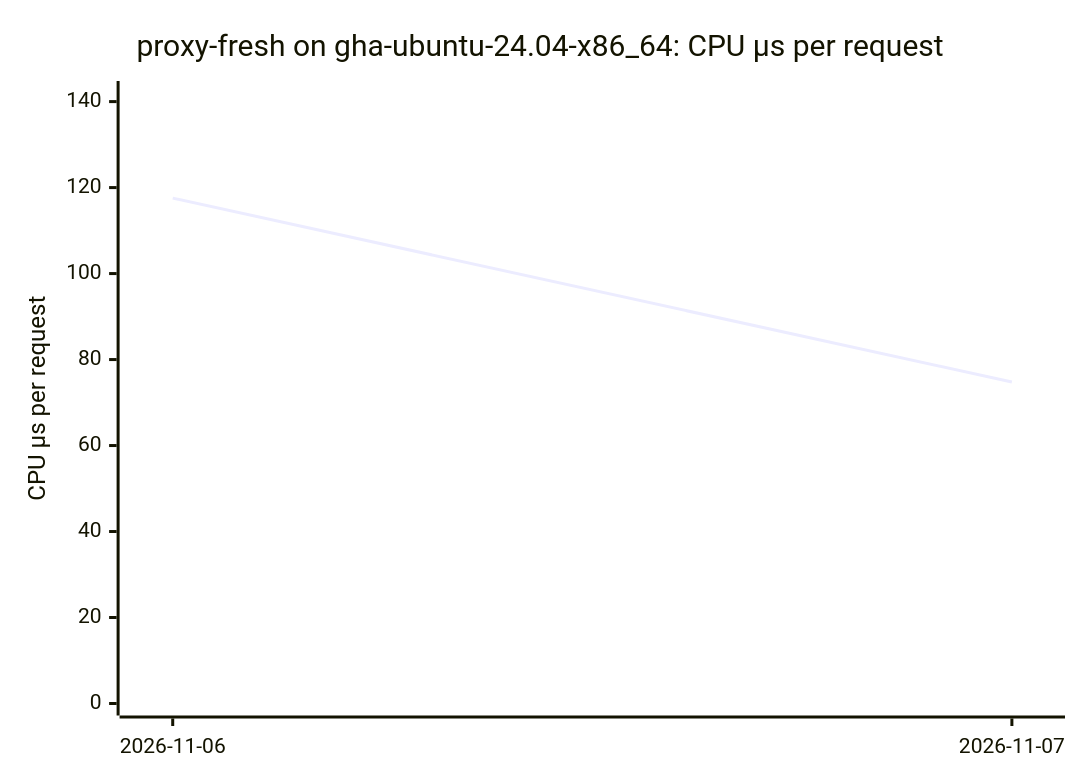
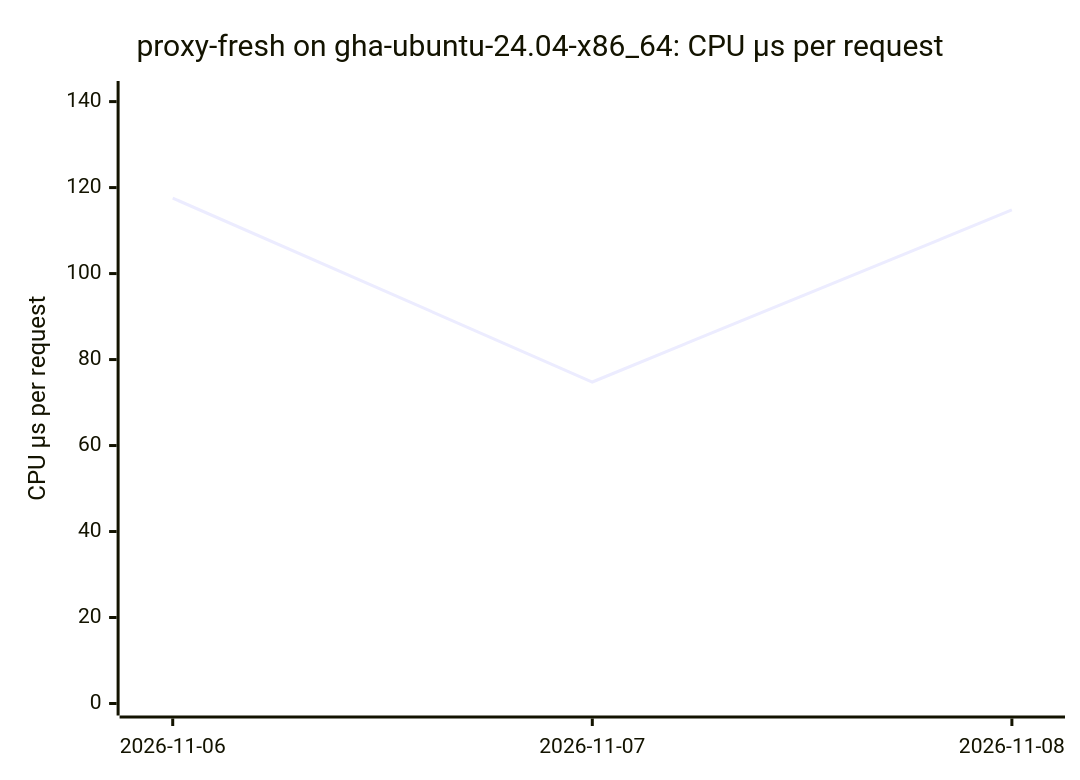
Before and after one commit to ThePixelPilgrim/durchlauferhitzer: the fifth of 16 diagrams in BENCHMARKS.md, drawn with Mermaid. The commit also changed other lines of this file and 1 other file, not shown here.

````diff
--- a/BENCHMARKS.md
+++ b/BENCHMARKS.md
@@ -65,7 +65,7 @@
 ```mermaid
 xychart-beta
   title "proxy-fresh on gha-ubuntu-24.04-x86_64: CPU µs per request"
-  x-axis ["2026-11-06", "2026-11-07"]
+  x-axis ["2026-11-06", "2026-11-07", "2026-11-08"]
   y-axis "CPU µs per request" 0 --> 142
-  line [117.55, 74.78]
+  line [117.55, 74.78, 114.80]
 ```
````
